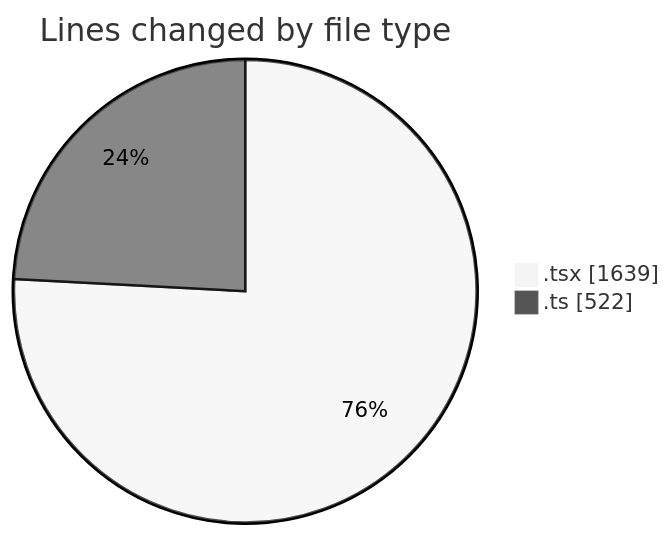
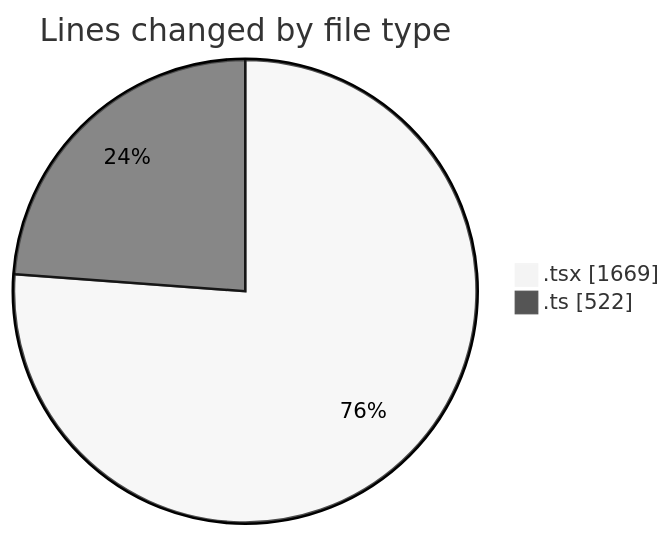
One commit to nxtqubesakshisongat/code-tracking changed the first of 2 diagrams in 2026-04-03/nxtqube_webapp/README.md. Above: the diagram before and after it, drawn with Mermaid (neutral theme). The commit also changed other lines of this file and 1 other file, not shown here.

````diff
--- a/2026-04-03/nxtqube_webapp/README.md
+++ b/2026-04-03/nxtqube_webapp/README.md
@@ -22,6 +22,6 @@
 ```mermaid
 pie showData
 title Lines changed by file type
-".tsx" : 1639
+".tsx" : 1669
 ".ts" : 522
 ```
````
